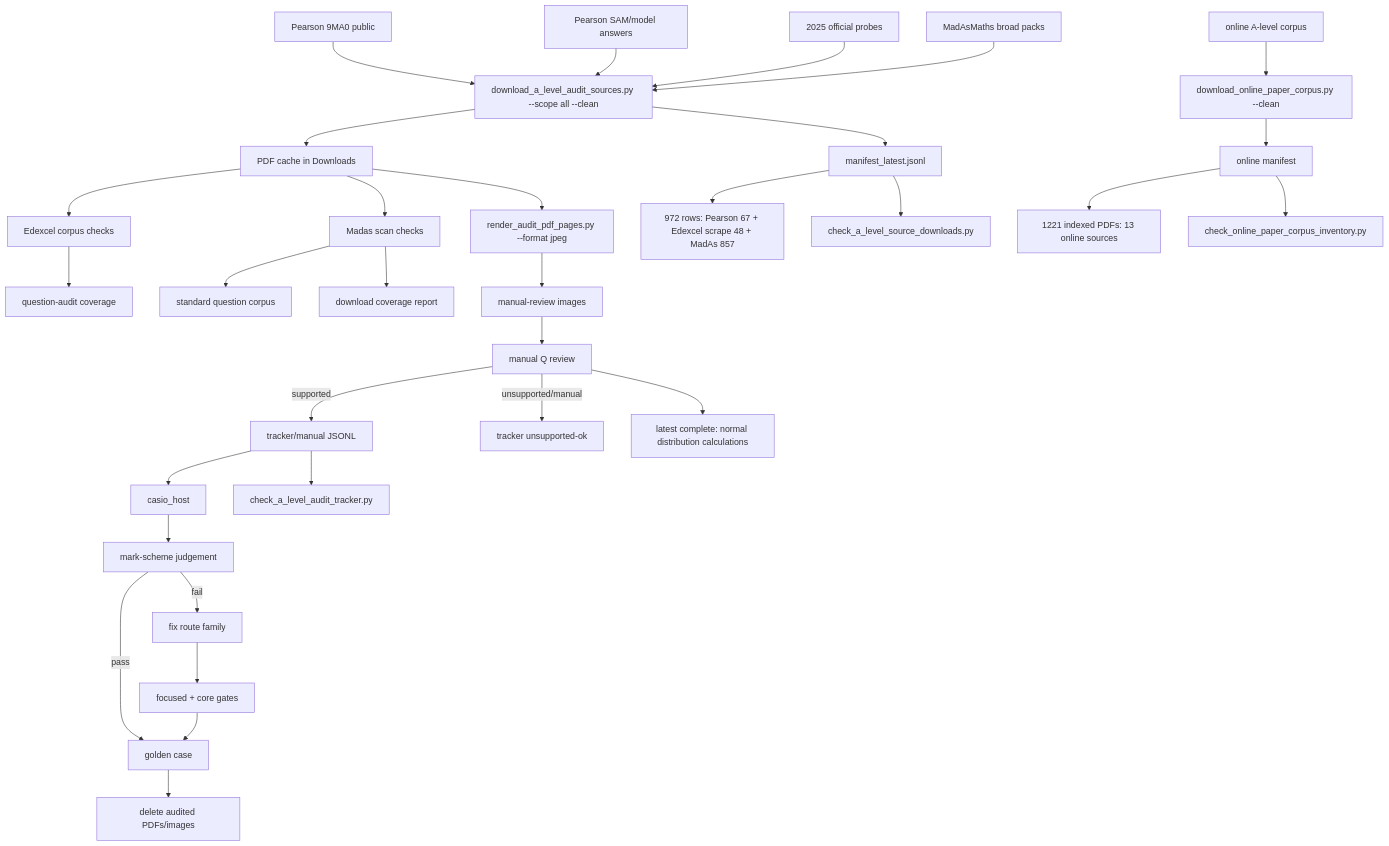
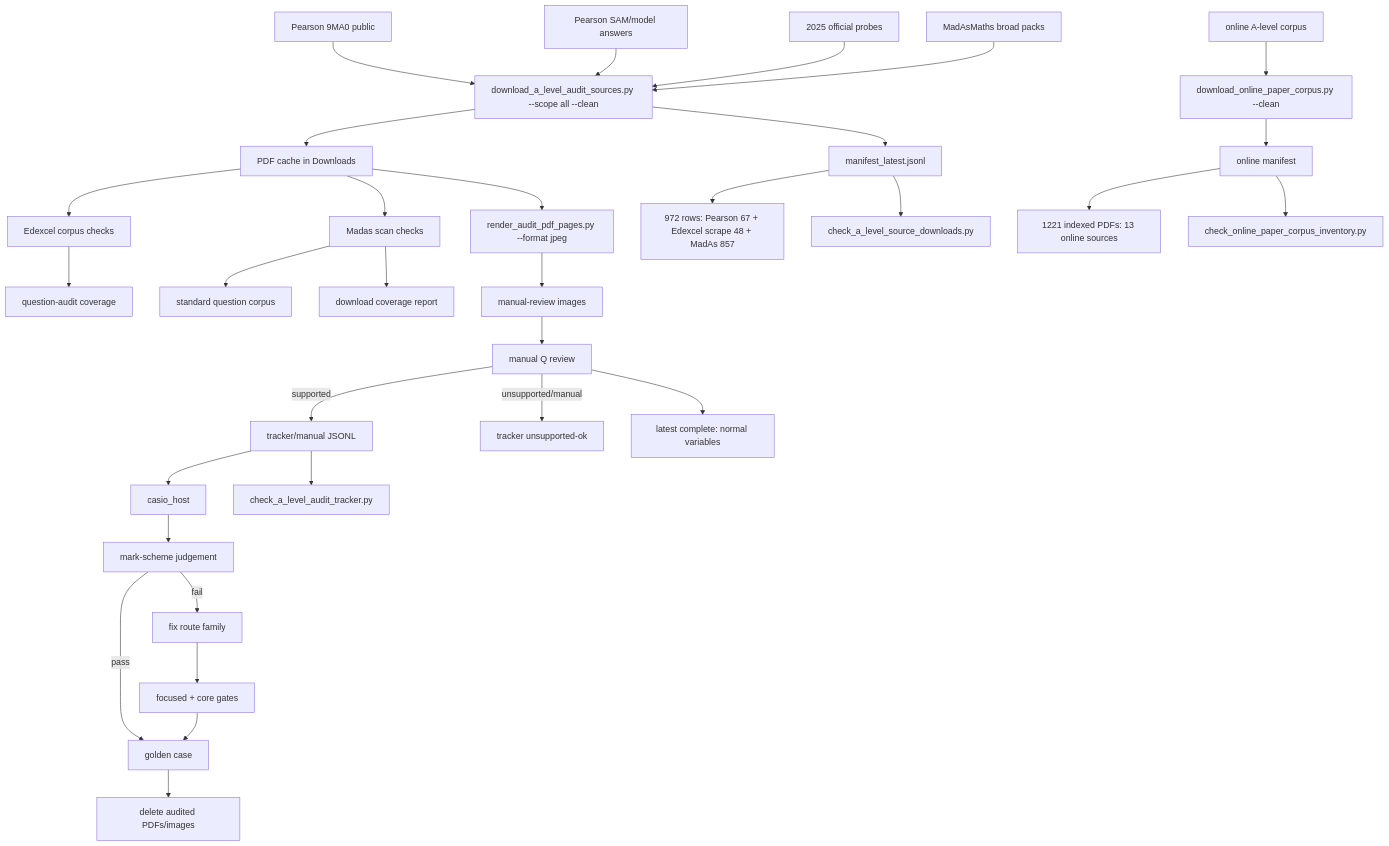
One commit to james8464/notes-addin-casio-fx-cg50 changed the diagram in c++/tools/golden/a_level_audit_graph.md. Above: the diagram before and after it, drawn with Mermaid. The commit also changed other lines of this file and 2 other files, not shown here.

Commit message:
Audit normal variables booklet

````diff
--- a/c++/tools/golden/a_level_audit_graph.md
+++ b/c++/tools/golden/a_level_audit_graph.md
@@ -3,34 +3,34 @@
 ```mermaid
 graph TD
   E1["Pearson 9MA0 public"] --> D["download_a_level_audit_sources.py --scope all --clean"]
   E2["Pearson SAM/model answers"] --> D
   E3["2025 official probes"] --> D
   M1["MadAsMaths broad packs"] --> D
   O1["online A-level corpus"] --> OD["download_online_paper_corpus.py --clean"]
   D --> P["PDF cache in Downloads"]
   D --> X["manifest_latest.jsonl"]
   OD --> OX["online manifest"]
   X --> XC["972 rows: Pearson 67 + Edexcel scrape 48 + MadAs 857"]
   OX --> OC["1221 indexed PDFs: 13 online sources"]
   X --> V["check_a_level_source_downloads.py"]
   OX --> OV["check_online_paper_corpus_inventory.py"]
   P --> E["Edexcel corpus checks"]
   E --> EQ["question-audit coverage"]
   P --> S["Madas scan checks"]
   S --> M["standard question corpus"]
   S --> MC["download coverage report"]
   P --> R["render_audit_pdf_pages.py --format jpeg"]
   R --> I["manual-review images"]
   I --> Q["manual Q review"]
   Q -->|supported| J["tracker/manual JSONL"]
   Q -->|unsupported/manual| U["tracker unsupported-ok"]
   J --> H["casio_host"]
   J --> K["check_a_level_audit_tracker.py"]
   H --> C["mark-scheme judgement"]
   C -->|pass| G["golden case"]
   C -->|fail| F["fix route family"]
   F --> T["focused + core gates"]
   T --> G
   G --> Z["delete audited PDFs/images"]
-  Q --> QNormCalc["latest complete: normal distribution calculations"]
+  Q --> QNormVars["latest complete: normal variables"]
 ```
````
